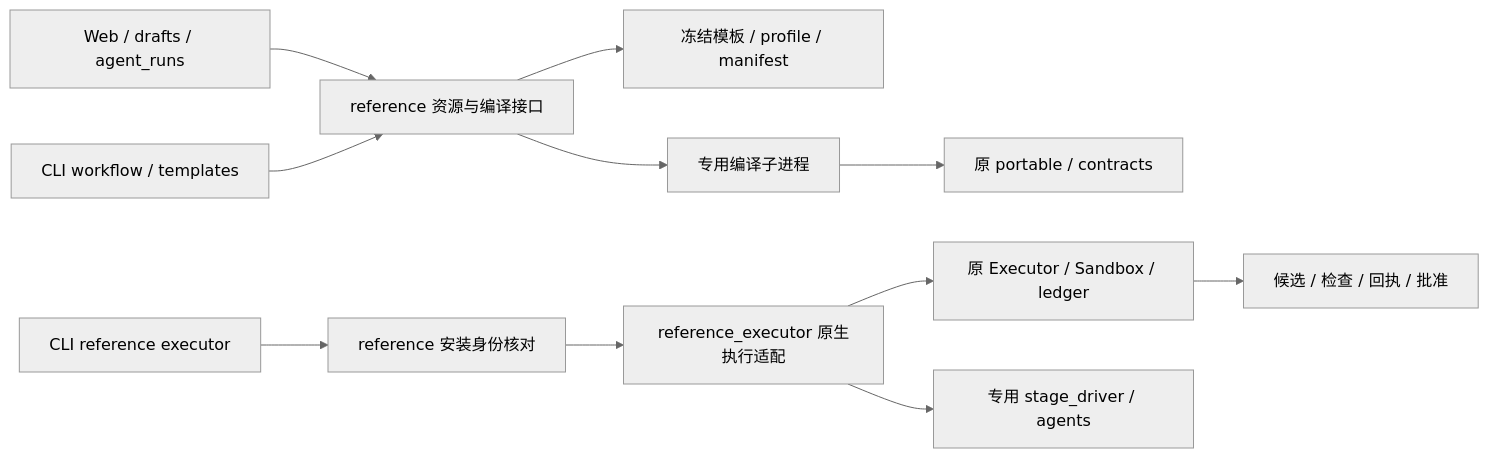
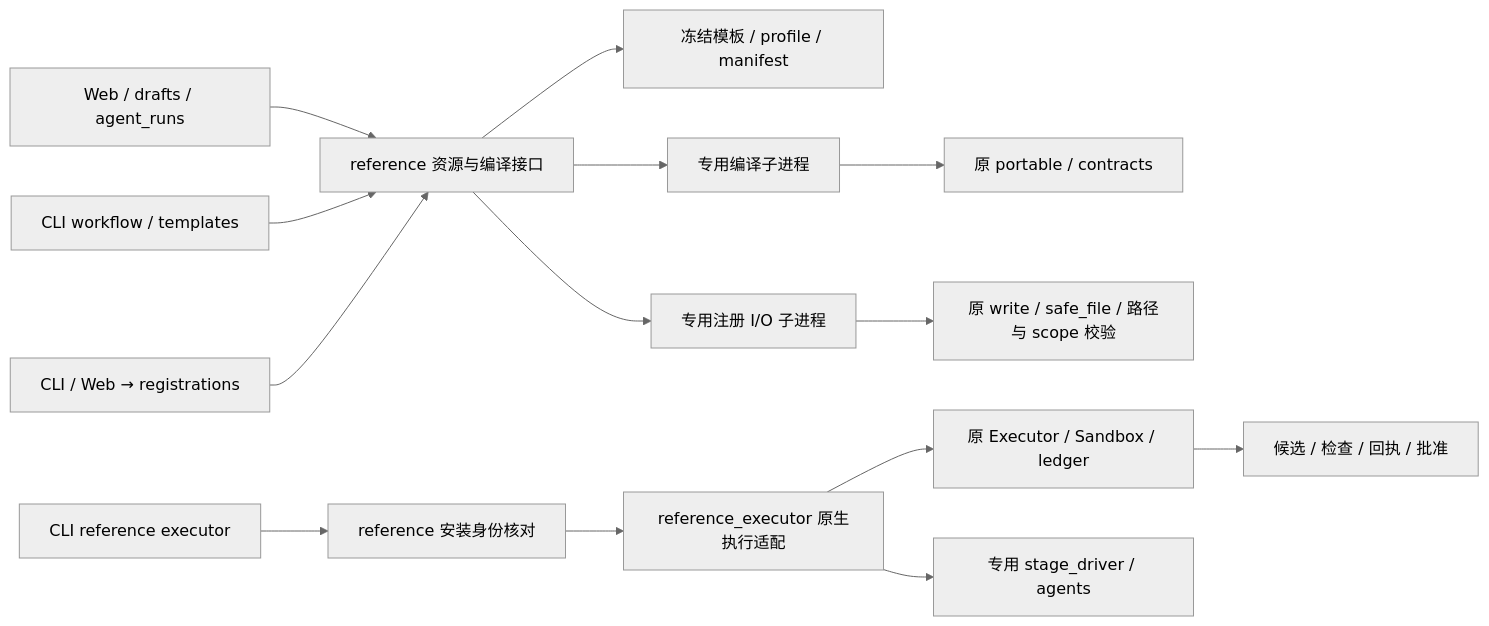
One commit to 626619403/Ergora changed the diagram in docs/architecture/reference-boundary.md. Above: the diagram before and after it, drawn with Mermaid (neutral theme). The commit also changed other lines of this file and 8 other files, not shown here.

````diff
--- a/docs/architecture/reference-boundary.md
+++ b/docs/architecture/reference-boundary.md
@@ -7,13 +7,16 @@
 ```mermaid
 flowchart LR
   Web[Web / drafts / agent_runs] --> Ref[reference 资源与编译接口]
   CLI[CLI workflow / templates] --> Ref
+  Registration[CLI / Web → registrations] --> Ref
   Ref --> Resources[冻结模板 / profile / manifest]
   Ref --> Compiler[专用编译子进程]
   Compiler --> Portable[原 portable / contracts]
+  Ref --> Projection[专用注册 I/O 子进程]
+  Projection --> Files[原 write / safe_file / 路径与 scope 校验]
   ExecCLI[CLI reference executor] --> Identity[reference 安装身份核对]
   Identity --> Bridge[reference_executor 原生执行适配]
   Bridge --> Original[原 Executor / Sandbox / ledger]
   Bridge --> Driver[专用 stage_driver / agents]
   Original --> Evidence[候选 / 检查 / 回执 / 批准]
 ```
````
